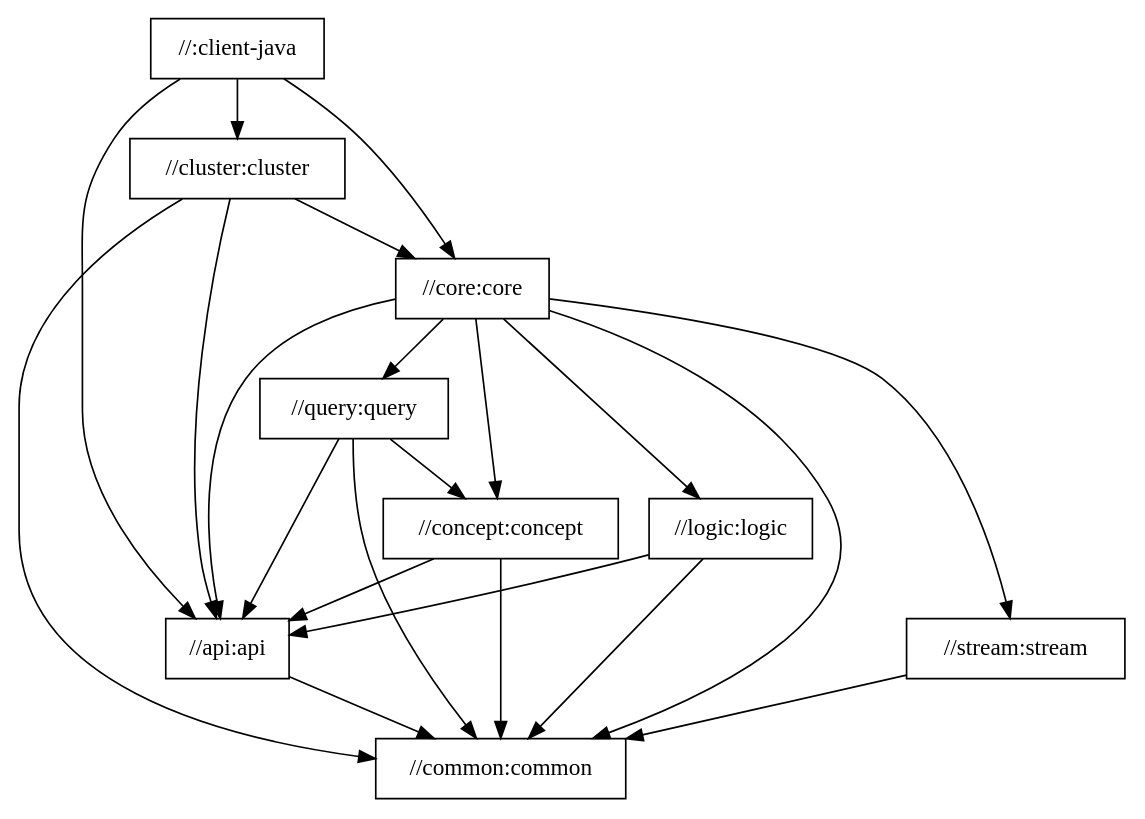
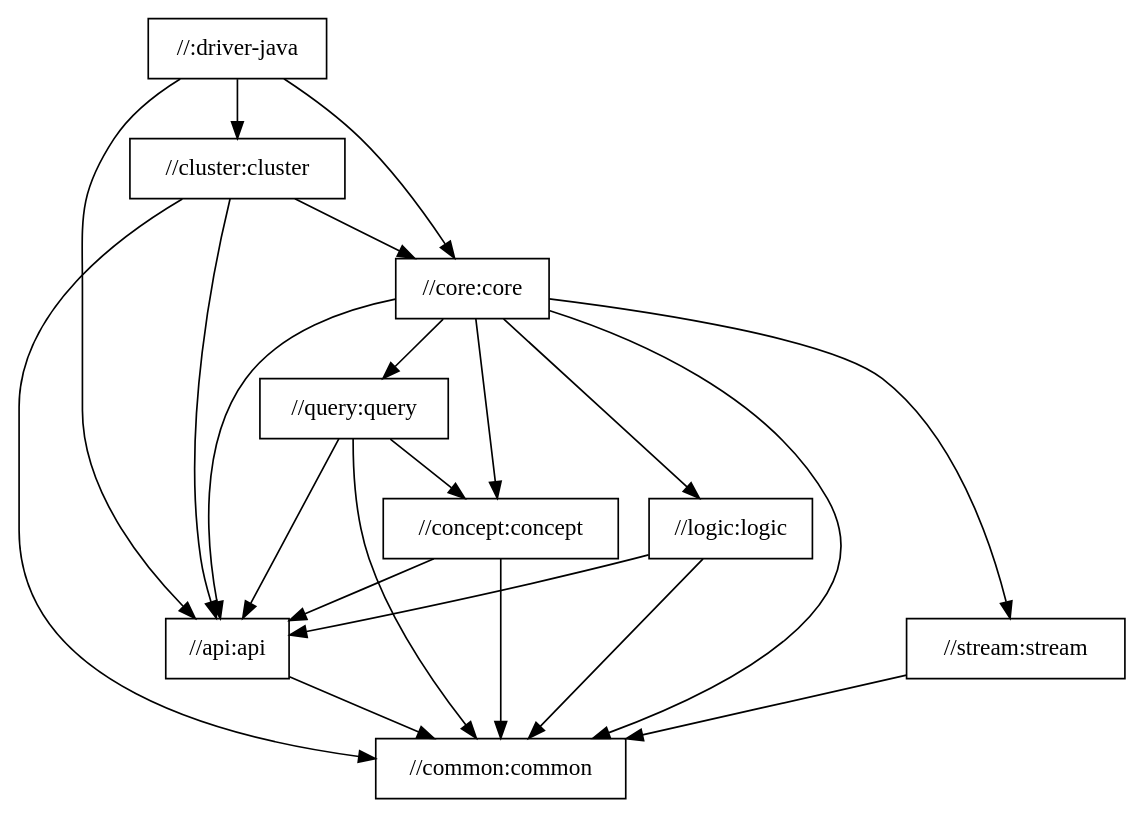
Before and after one commit to typedb/typedb-driver: the diagram in docs/package-structure.dot, drawn with Graphviz. The commit also changed 366 other files, not shown here.

Commit message:
Rename Client -> Driver respecting capitalisation

```diff
--- a/docs/package-structure.dot
+++ b/docs/package-structure.dot
@@ -1,33 +1,33 @@
 digraph mygraph {
   node [shape=box];
-  "//:client-java"
-  "//:client-java" -> "//api:api"
-  "//:client-java" -> "//cluster:cluster"
-  "//:client-java" -> "//core:core"
+  "//:driver-java"
+  "//:driver-java" -> "//api:api"
+  "//:driver-java" -> "//cluster:cluster"
+  "//:driver-java" -> "//core:core"
   "//cluster:cluster"
   "//cluster:cluster" -> "//api:api"
   "//cluster:cluster" -> "//common:common"
   "//cluster:cluster" -> "//core:core"
   "//core:core"
   "//core:core" -> "//api:api"
   "//core:core" -> "//common:common"
   "//core:core" -> "//concept:concept"
   "//core:core" -> "//logic:logic"
   "//core:core" -> "//query:query"
   "//core:core" -> "//stream:stream"
   "//stream:stream"
   "//stream:stream" -> "//common:common"
   "//query:query"
   "//query:query" -> "//api:api"
   "//query:query" -> "//common:common"
   "//query:query" -> "//concept:concept"
   "//logic:logic"
   "//logic:logic" -> "//api:api"
   "//logic:logic" -> "//common:common"
   "//concept:concept"
   "//concept:concept" -> "//api:api"
   "//concept:concept" -> "//common:common"
   "//api:api"
   "//api:api" -> "//common:common"
   "//common:common"
 }
```
